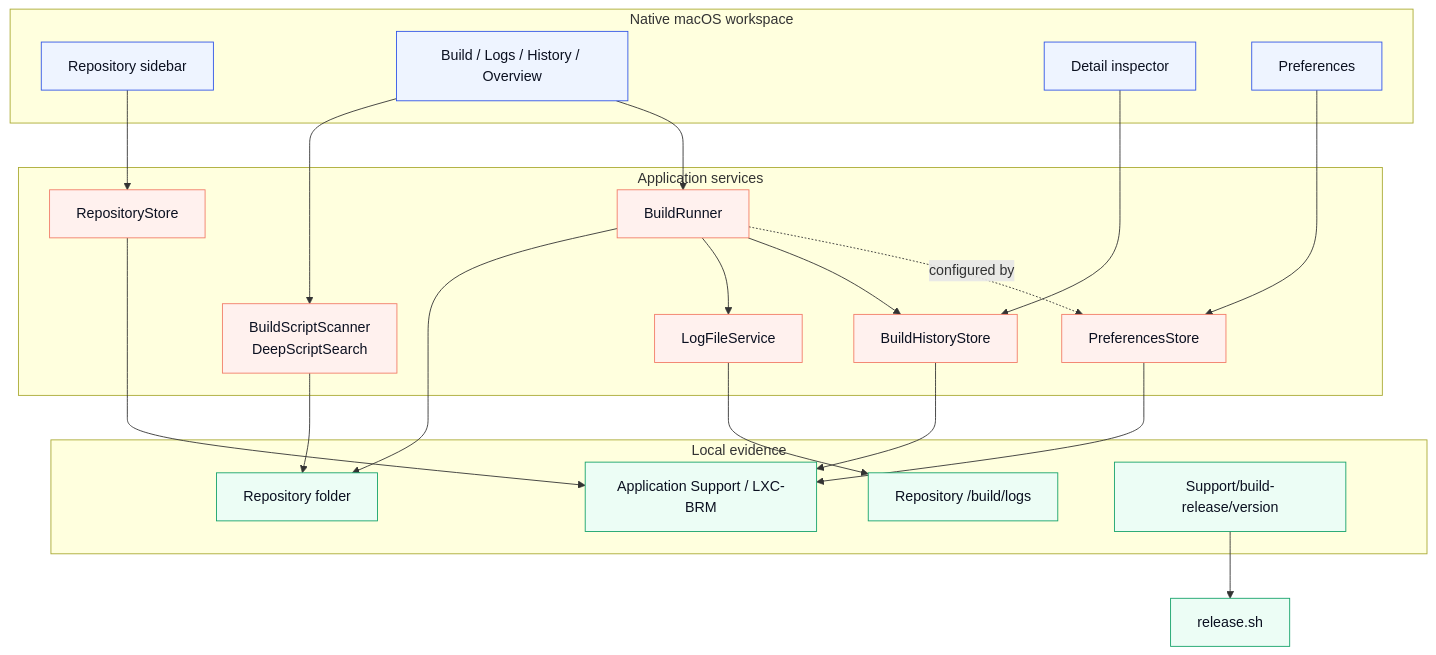
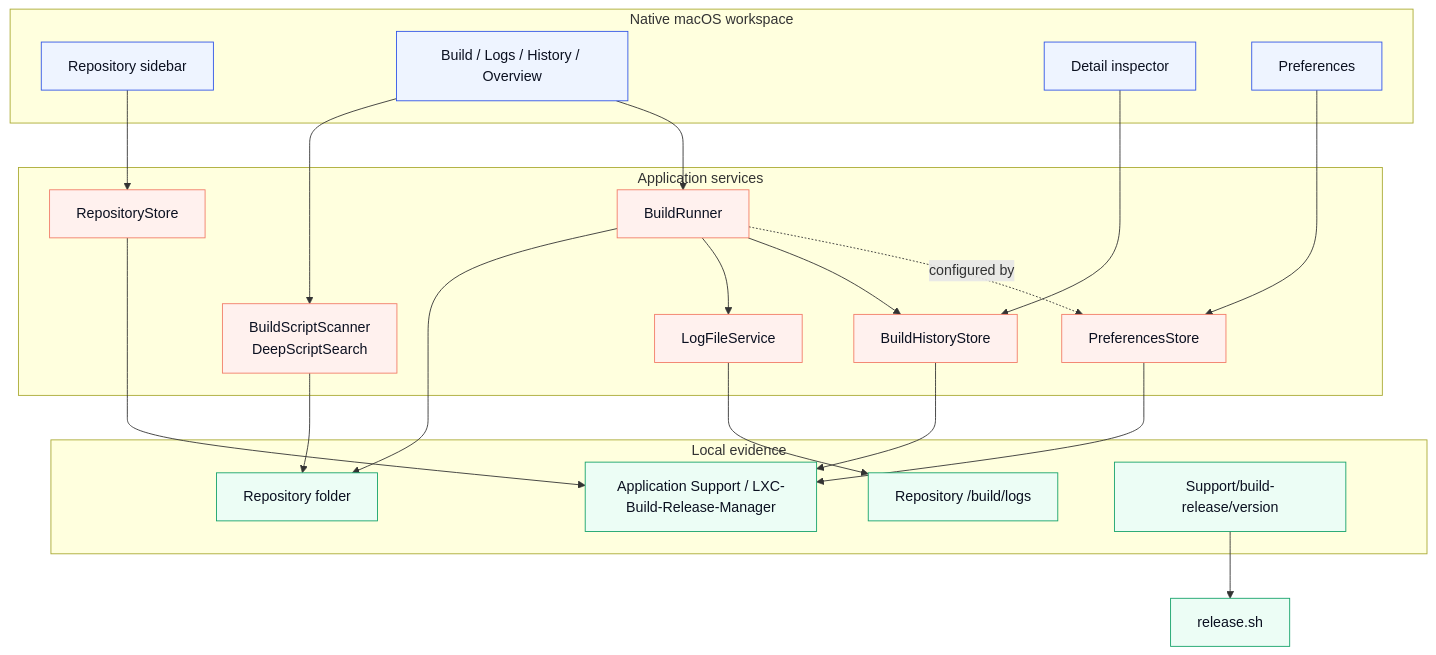
Before and after one commit to Sage2vish/LXC-Build-Release-Manager: the second of 4 diagrams in README.md, drawn with Mermaid. The commit also changed other lines of this file and 27 other files, not shown here.

````diff
--- a/README.md
+++ b/README.md
@@ -94,48 +105,48 @@
 ```mermaid
 flowchart TB
     subgraph UI["Native macOS workspace"]
         Sidebar["Repository sidebar"]
         Detail["Build / Logs / History / Overview"]
         Inspector["Detail inspector"]
         Preferences["Preferences"]
     end
 
     subgraph Services["Application services"]
         RepositoryStore["RepositoryStore"]
         Scanner["BuildScriptScanner\nDeepScriptSearch"]
         Runner["BuildRunner"]
         History["BuildHistoryStore"]
         LogService["LogFileService"]
         PreferencesStore["PreferencesStore"]
     end
 
     subgraph Files["Local evidence"]
         Repo["Repository folder"]
-        AppSupport["Application Support / LXC-BRM"]
+        AppSupport["Application Support / LXC-Build-Release-Manager"]
         Logs["Repository /build/logs"]
         Release["Support/build-release/version"]
     end
 
     Sidebar --> RepositoryStore
     Detail --> Scanner
     Detail --> Runner
     Inspector --> History
     Preferences --> PreferencesStore
     RepositoryStore --> AppSupport
     Scanner --> Repo
     Runner --> Repo
     Runner --> LogService
     Runner --> History
     LogService --> Logs
     History --> AppSupport
     PreferencesStore --> AppSupport
     Runner -. configured by .-> PreferencesStore
     Release --> ReleaseScript["release.sh"]
 
     classDef ui fill:#EEF4FF,stroke:#3155E7,color:#0B1020;
     classDef service fill:#FFF1EE,stroke:#F27D68,color:#0B1020;
     classDef file fill:#ECFDF5,stroke:#16A36A,color:#0B1020;
     class Sidebar,Detail,Inspector,Preferences ui;
     class RepositoryStore,Scanner,Runner,History,LogService,PreferencesStore service;
     class Repo,AppSupport,Logs,Release,ReleaseScript file;
 ```
````
